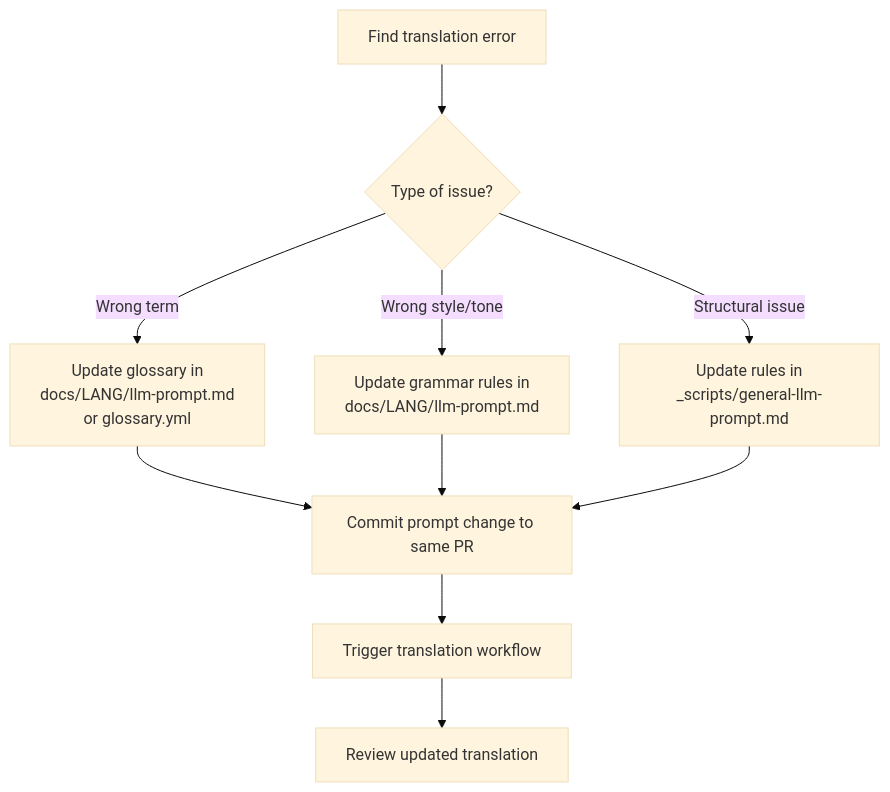
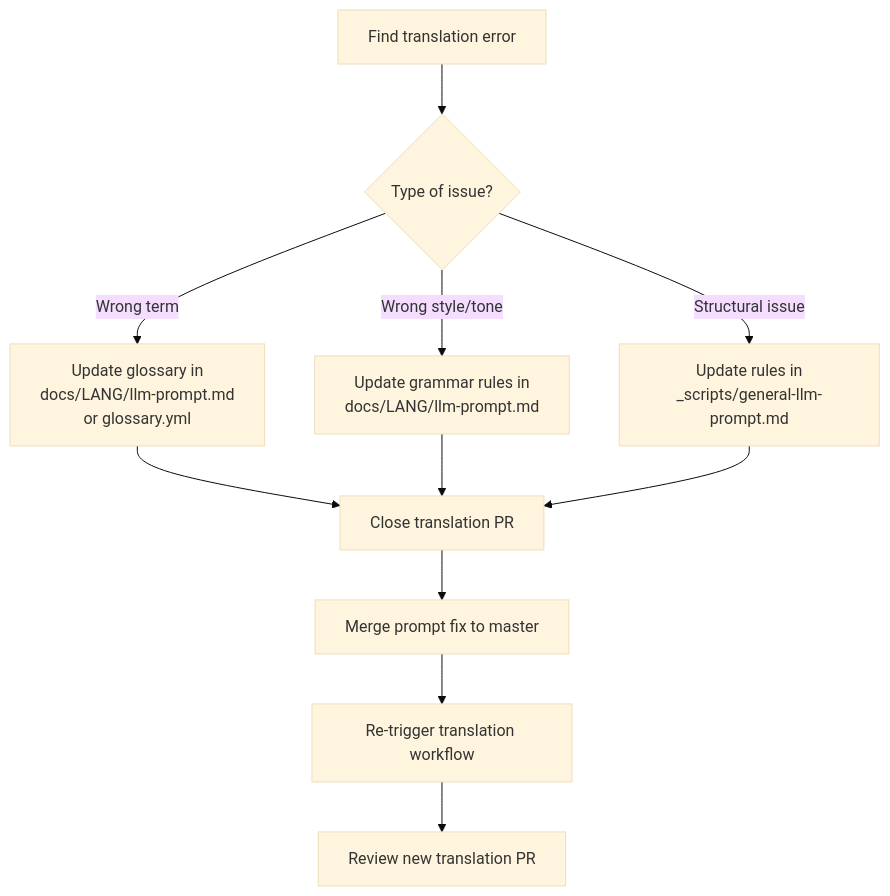
Before and after one commit to GrootJ/nextflow_training: the third of 3 diagrams in TRANSLATING.md, drawn with Mermaid (base theme). The commit also changed other lines of this file, not shown here.

Commit message:
Fix TRANSLATING.md diagrams and text to reflect actual workflow (#909)

````diff
--- a/TRANSLATING.md
+++ b/TRANSLATING.md
@@ -226,12 +230,13 @@
 ```mermaid
 flowchart TD
     A[Find translation error] --> B{Type of issue?}
     B -->|Wrong term| C[Update glossary in<br>docs/LANG/llm-prompt.md<br>or glossary.yml]
     B -->|Wrong style/tone| D[Update grammar rules in<br>docs/LANG/llm-prompt.md]
     B -->|Structural issue| E[Update rules in<br>_scripts/general-llm-prompt.md]
-    C --> F[Commit prompt change to same PR]
+    C --> F[Close translation PR]
     D --> F
     E --> F
-    F --> G[Trigger translation workflow]
-    G --> H[Review updated translation]
+    F --> G[Merge prompt fix to master]
+    G --> H[Re-trigger translation workflow]
+    H --> I[Review new translation PR]
 ```
````
